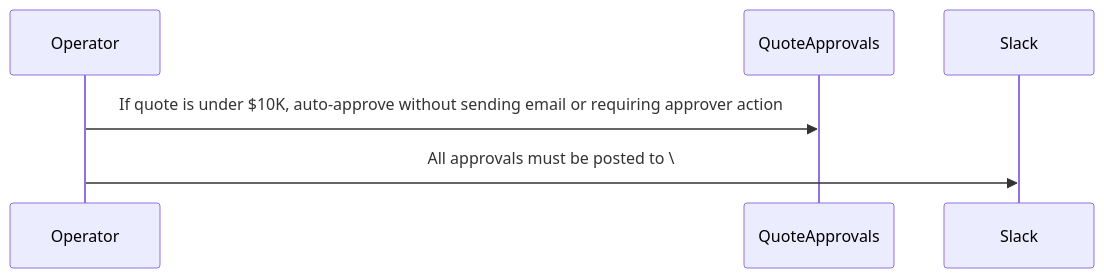
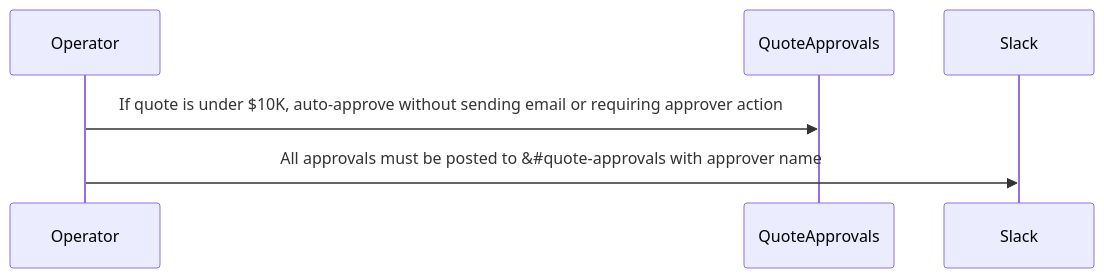
Before and after one commit to asafam/programmable-online-llm-objects: the third of 10 diagrams in examples/deal-desk-manage-hubspot-quote-approvals-slack.md, drawn with Mermaid. The commit also changed other lines of this file, not shown here.

````diff
--- a/examples/deal-desk-manage-hubspot-quote-approvals-slack.md
+++ b/examples/deal-desk-manage-hubspot-quote-approvals-slack.md
@@ -88,9 +90,9 @@
 ```mermaid
 sequenceDiagram
   participant Operator
   participant QuoteApprovals
   participant Slack
 
   Operator->>QuoteApprovals: If quote is under $10K, auto-approve without sending email or requiring approver action
-  Operator->>Slack: All approvals must be posted to \#quote-approvals with approver name
+  Operator->>Slack: All approvals must be posted to &#35;quote-approvals with approver name
 ```
````
